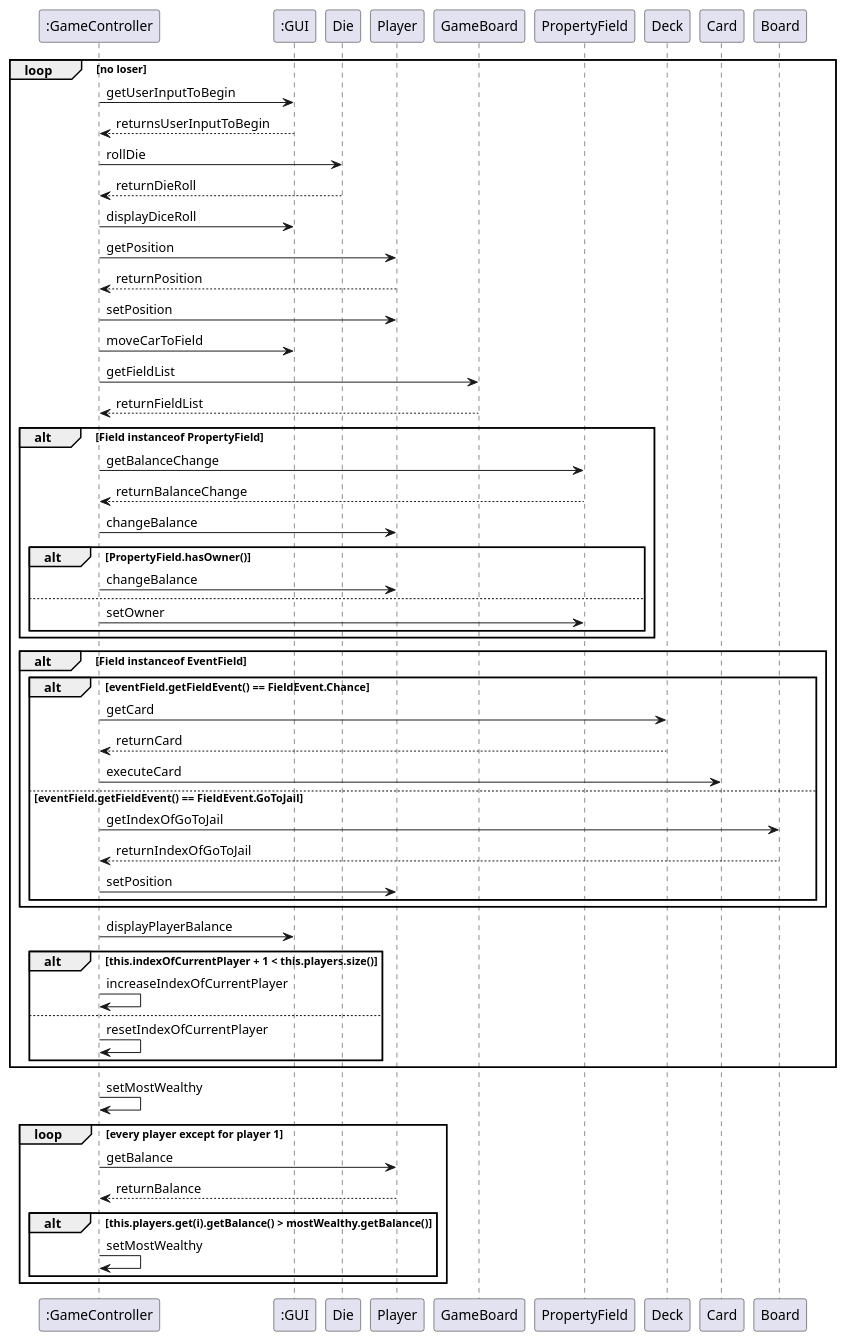
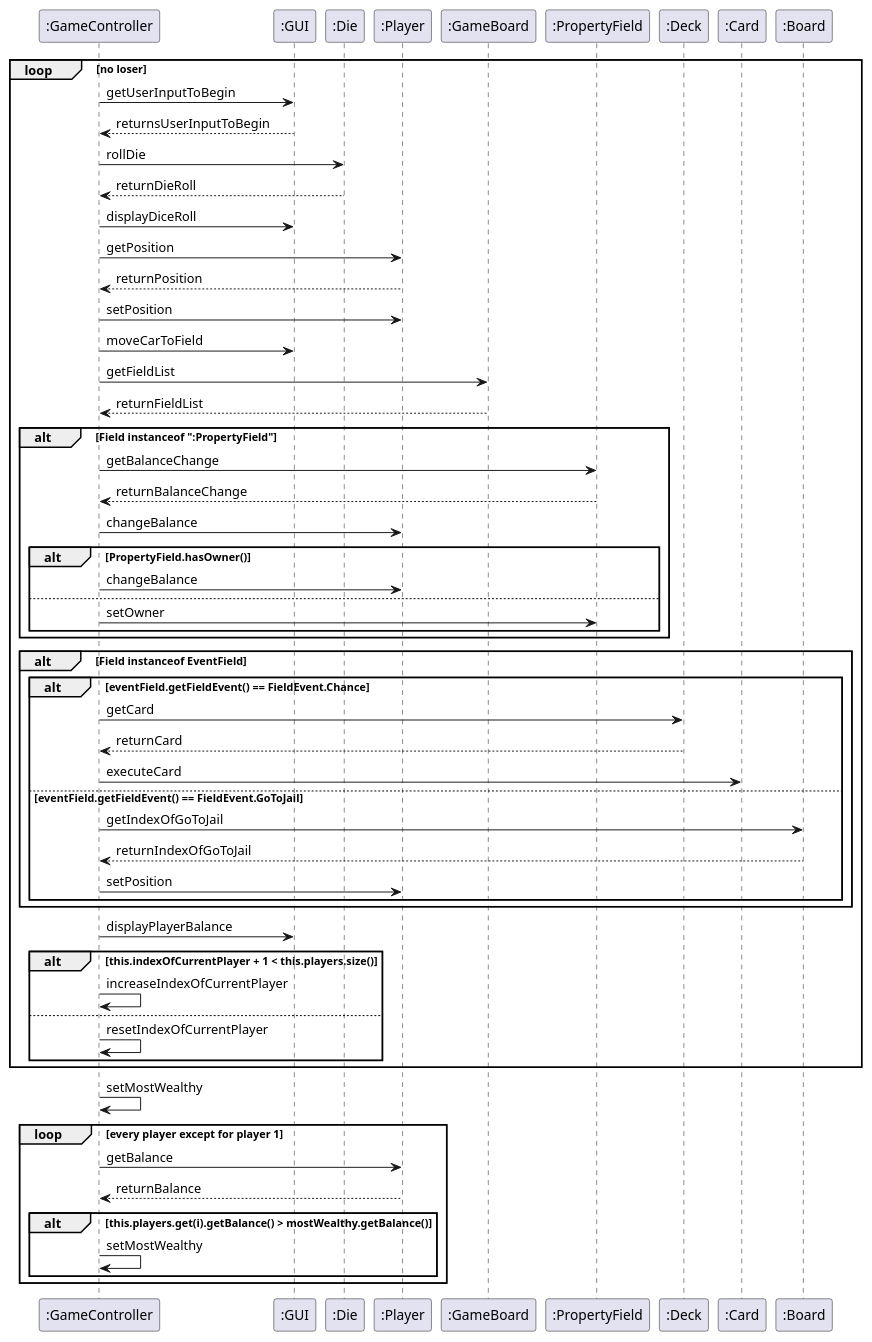
Before and after one commit to SkumJustEatMe/G05_del3: the diagram in src/models/SekvensDiagram.puml, drawn with PlantUML.

Commit message:
Fixed names of the (instances of) classes in the sequence diagram

```diff
--- a/src/models/SekvensDiagram.puml
+++ b/src/models/SekvensDiagram.puml
@@ -1,85 +1,85 @@
 @startuml
 'https://plantuml.com/sequence-diagram
 
 'autonumber
 participant ":GameController"
 participant ":GUI"
-participant Die
-participant Player
-participant GameBoard
-participant PropertyField
-participant Deck
-participant Card
-participant Board
+participant ":Die"
+participant ":Player"
+participant ":GameBoard"
+participant ":PropertyField"
+participant ":Deck"
+participant ":Card"
+participant ":Board"
 
 loop no loser
 
 'getUserInputToBegin();
 ":GameController" -> ":GUI": getUserInputToBegin
 ":GUI" --> ":GameController": returnsUserInputToBegin
 
 'int[] diceRoll = rollDice();
-":GameController" -> Die: rollDie
-Die --> ":GameController": returnDieRoll
+":GameController" -> ":Die": rollDie
+":Die" --> ":GameController": returnDieRoll
 
 'this.gui.displayDieRoll(diceRoll[0], diceRoll[1]);
 ":GameController" -> ":GUI": displayDiceRoll
 
 'movePlayer();
-":GameController" -> Player: getPosition
-Player --> ":GameController": returnPosition
-":GameController" -> Player: setPosition
+":GameController" -> ":Player": getPosition
+":Player" --> ":GameController": returnPosition
+":GameController" -> ":Player": setPosition
 
 'this.gui.moveCarToField(indexOfCurrentPlayer);
 ":GameController" -> ":GUI": moveCarToField
 
 'evaluateFieldAndExecute();
-":GameController" -> GameBoard: getFieldList
-GameBoard --> ":GameController": returnFieldList
+":GameController" -> ":GameBoard": getFieldList
+":GameBoard" --> ":GameController": returnFieldList
 
-alt Field instanceof PropertyField
-":GameController" -> PropertyField: getBalanceChange
-PropertyField --> ":GameController": returnBalanceChange
-":GameController" -> Player: changeBalance
+alt Field instanceof ":PropertyField"
+":GameController" -> ":PropertyField": getBalanceChange
+":PropertyField" --> ":GameController": returnBalanceChange
+":GameController" -> ":Player": changeBalance
 alt PropertyField.hasOwner()
-":GameController" -> Player: changeBalance
+":GameController" -> ":Player": changeBalance
 else
-":GameController" -> PropertyField: setOwner
+":GameController" -> ":PropertyField": setOwner
 end
 end
 
 alt Field instanceof EventField
 alt eventField.getFieldEvent() == FieldEvent.Chance
-":GameController" -> Deck: getCard
-Deck --> ":GameController": returnCard
-":GameController" -> Card: executeCard
+":GameController" -> ":Deck": getCard
+":Deck" --> ":GameController": returnCard
+":GameController" -> ":Card": executeCard
 else eventField.getFieldEvent() == FieldEvent.GoToJail
-":GameController" -> Board: getIndexOfGoToJail
-Board --> ":GameController": returnIndexOfGoToJail
-":GameController" -> Player: setPosition
+":GameController" -> ":Board": getIndexOfGoToJail
+":Board" --> ":GameController": returnIndexOfGoToJail
+":GameController" -> ":Player": setPosition
 end
 end
 
 'this.gui.displayPlayerBalance();
 ":GameController" -> ":GUI": displayPlayerBalance
 
 'setNextPlayer();
 alt this.indexOfCurrentPlayer + 1 < this.players.size()
 ":GameController" -> ":GameController": increaseIndexOfCurrentPlayer
 else
 ":GameController" -> ":GameController": resetIndexOfCurrentPlayer
 end
 
 ''End of the "no loser" loop
 end
 
 'Player winner = getMostWealthy();
 ":GameController" -> ":GameController": setMostWealthy
 loop every player except for player 1
-":GameController" -> Player: getBalance
-Player --> ":GameController": returnBalance
+":GameController" -> ":Player": getBalance
+":Player" --> ":GameController": returnBalance
 alt this.players.get(i).getBalance() > mostWealthy.getBalance()
 ":GameController" -> ":GameController": setMostWealthy
 end
 end
 @enduml
```
